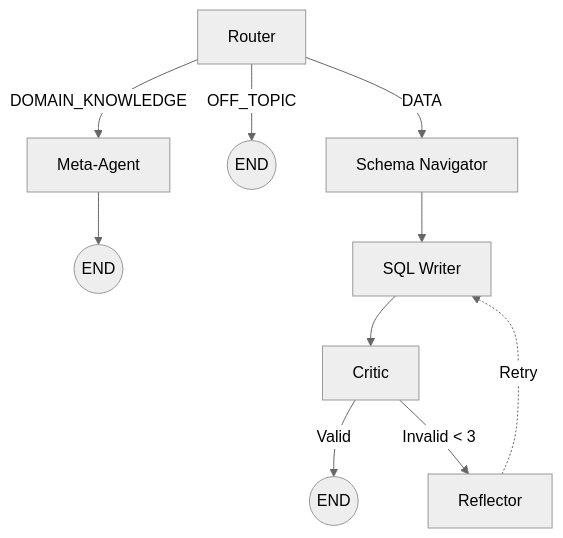
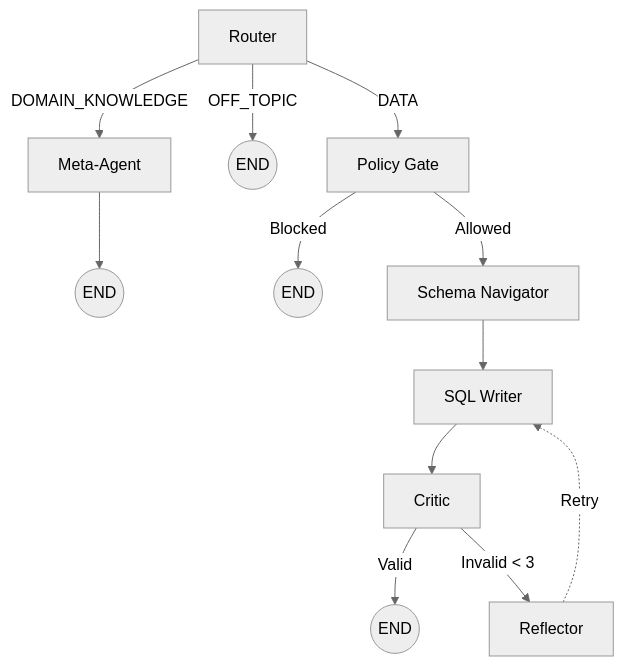
The first of 2 diagrams in docs/humans/context/ARCHITECTURE.md (elis-salobehaj/mediquery-ai), drawn with Mermaid (neutral theme) before and after one commit. The commit also changed other lines of this file and 58 other files, not shown here.

````diff
--- a/docs/humans/context/ARCHITECTURE.md
+++ b/docs/humans/context/ARCHITECTURE.md
@@ -446,15 +362,17 @@
 ```mermaid
 graph TD
     Router -->|DOMAIN_KNOWLEDGE| MetaAgent[Meta-Agent]
     MetaAgent --> End1((END))
 
     Router -->|OFF_TOPIC| End2((END))
 
-    Router -->|DATA| SchemaNavigator[Schema Navigator]
+    Router -->|DATA| PolicyGate[Policy Gate]
+    PolicyGate -->|Blocked| End4((END))
+    PolicyGate -->|Allowed| SchemaNavigator[Schema Navigator]
     SchemaNavigator --> SQLWriter[SQL Writer]
     SQLWriter --> Critic
 
     Critic -->|Valid| End3((END))
     Critic -->|Invalid < 3| Reflector
     Reflector -.->|Retry| SQLWriter
 ```
````
